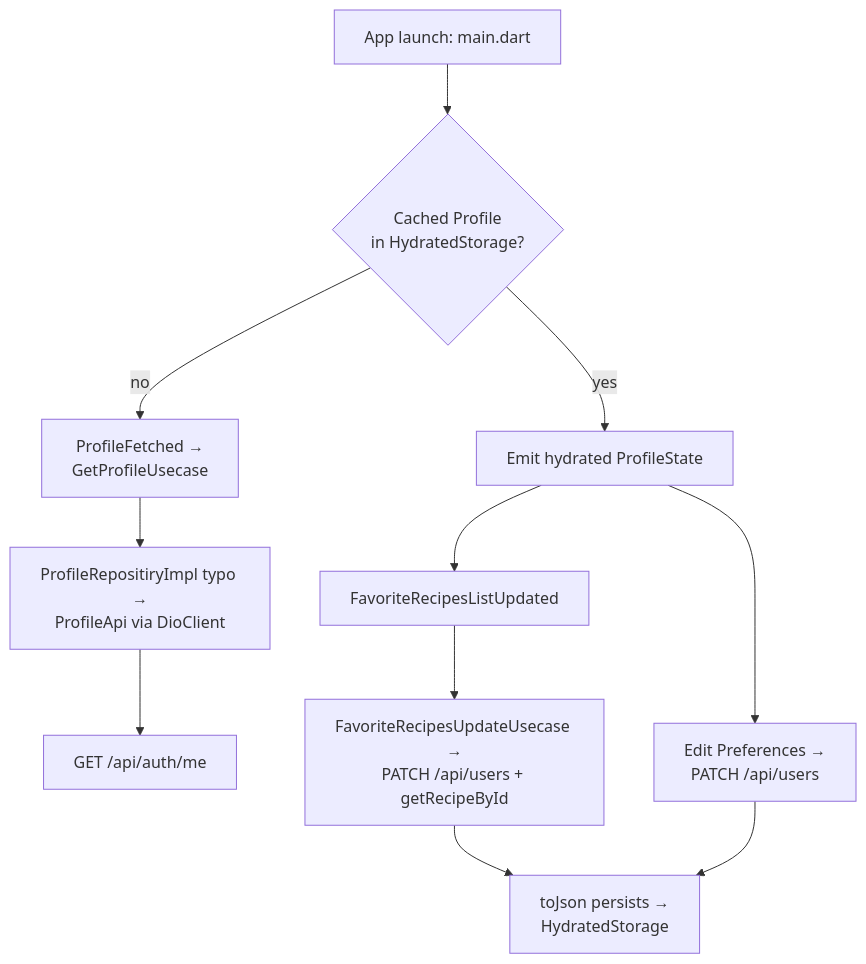
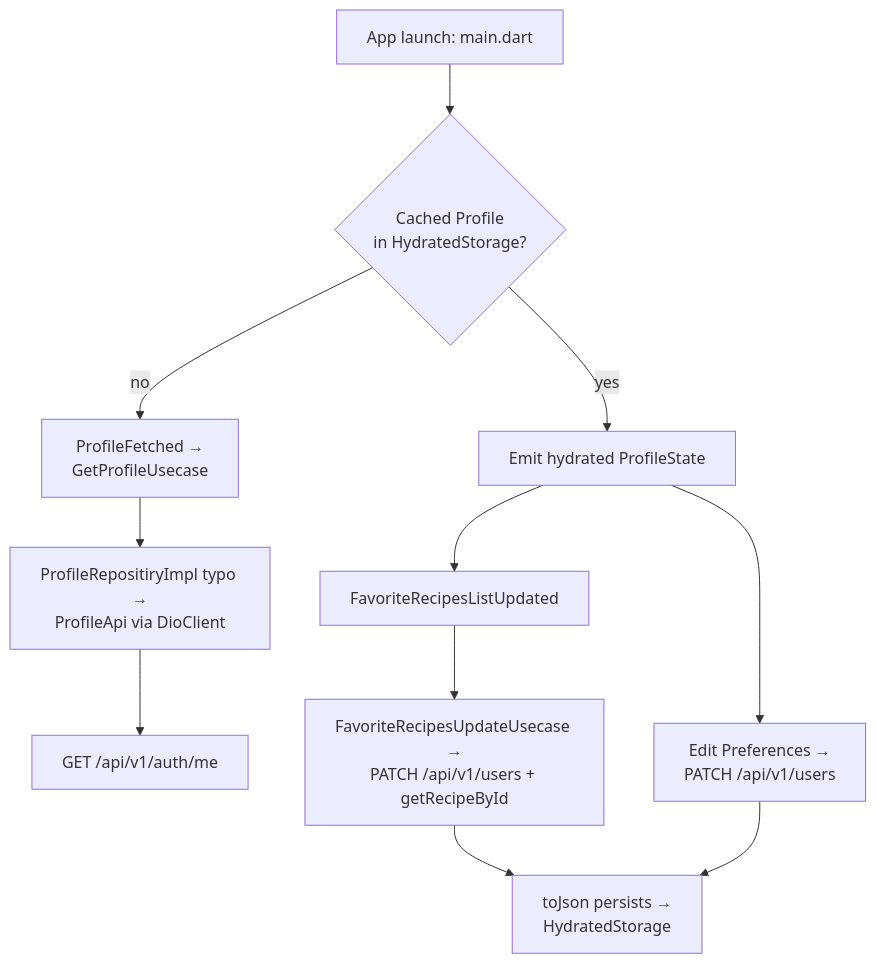
Before and after one commit to blitzy-public-samples/pantry-chef-traditional: the diagram in mobile/lib/features/profile/README.md, drawn with Mermaid. The commit also changed other lines of this file and 60 other files, not shown here.

````diff
--- a/mobile/lib/features/profile/README.md
+++ b/mobile/lib/features/profile/README.md
@@ -83,13 +83,13 @@
 ```mermaid
 flowchart TD
     A[App launch: main.dart] --> B{Cached Profile<br/>in HydratedStorage?}
     B -- yes --> C[Emit hydrated ProfileState]
     B -- no --> D[ProfileFetched →<br/>GetProfileUsecase]
     D --> E[ProfileRepositiryImpl typo →<br/>ProfileApi via DioClient]
-    E --> F[GET /api/auth/me]
+    E --> F[GET /api/v1/auth/me]
     C --> G[FavoriteRecipesListUpdated]
-    G --> H[FavoriteRecipesUpdateUsecase →<br/>PATCH /api/users + getRecipeById]
-    C --> I[Edit Preferences →<br/>PATCH /api/users]
+    G --> H[FavoriteRecipesUpdateUsecase →<br/>PATCH /api/v1/users + getRecipeById]
+    C --> I[Edit Preferences →<br/>PATCH /api/v1/users]
     H --> J[toJson persists →<br/>HydratedStorage]
     I --> J
 ```
````
